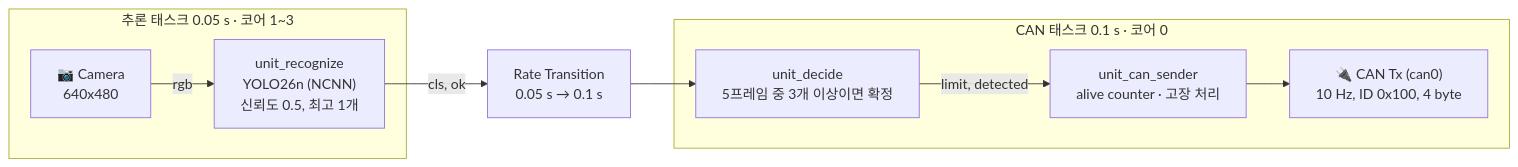
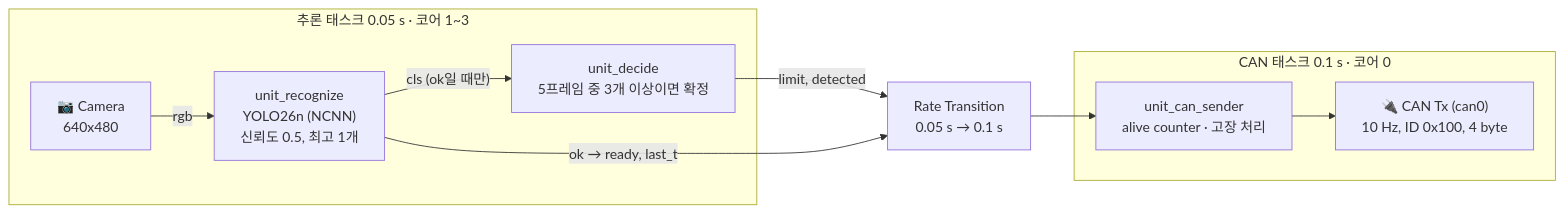
The diagram in README.md (kimdon-dot/sign_detector), drawn with Mermaid before and after one commit. The commit also changed other lines of this file and 9 other files, not shown here.

````diff
--- a/README.md
+++ b/README.md
@@ -31,18 +31,19 @@
 ```mermaid
 flowchart LR
     CAM["📷 Camera<br/>640x480"] -->|rgb| REC["unit_recognize<br/>YOLO26n (NCNN)<br/>신뢰도 0.5, 최고 1개"]
-    REC -->|"cls, ok"| RT["Rate Transition<br/>0.05 s → 0.1 s"]
-    RT --> DEC["unit_decide<br/>5프레임 중 3개 이상이면 확정"]
-    DEC -->|"limit, detected"| CANS["unit_can_sender<br/>alive counter · 고장 처리"]
+    REC -->|"cls (ok일 때만)"| DEC["unit_decide<br/>5프레임 중 3개 이상이면 확정"]
+    DEC -->|"limit, detected"| RT["Rate Transition<br/>0.05 s → 0.1 s"]
+    REC -->|"ok → ready, last_t"| RT
+    RT --> CANS["unit_can_sender<br/>alive counter · 고장 처리"]
     CANS --> TX["🔌 CAN Tx (can0)<br/>10 Hz, ID 0x100, 4 byte"]
 
     subgraph T1["추론 태스크 0.05 s · 코어 1~3"]
         CAM
         REC
+        DEC
     end
     subgraph T2["CAN 태스크 0.1 s · 코어 0"]
-        DEC
         CANS
         TX
     end
 ```
````
